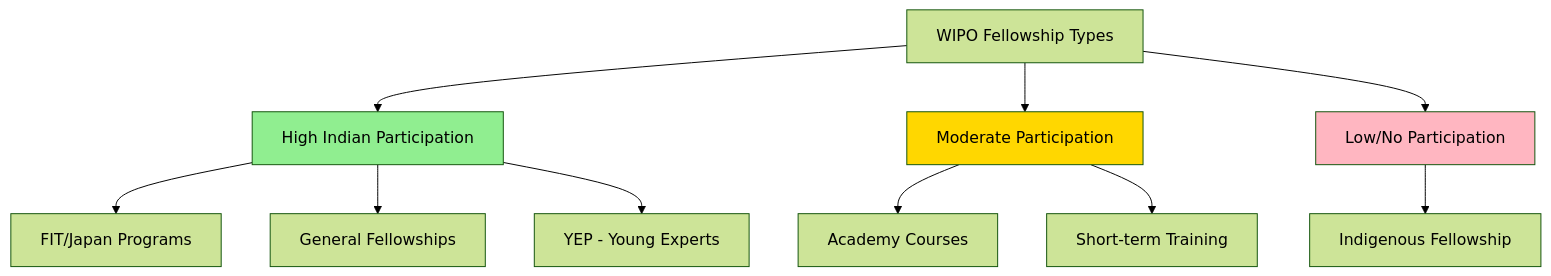
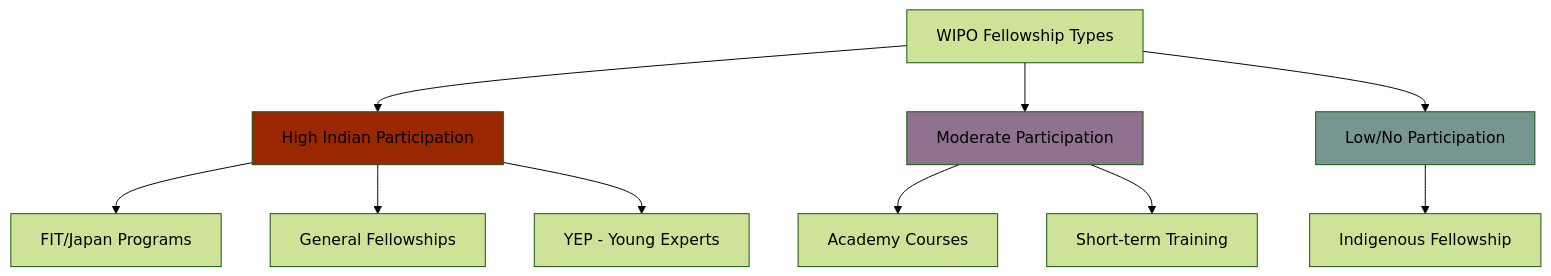
One commit to rsrini7/Learnings changed the fifth of 9 diagrams in News/WIPO-International-Fellowship.md. Above: the diagram before and after it, drawn with Mermaid (forest theme). The commit also changed other lines of this file, not shown here.

First line of the commit message:
style: update color schemes in documentation diagrams

````diff
--- a/News/WIPO-International-Fellowship.md
+++ b/News/WIPO-International-Fellowship.md
@@ -205,19 +205,19 @@
 ```mermaid
 graph TD
     A[WIPO Fellowship Types] --> B[High Indian Participation]
     A --> C[Moderate Participation]
     A --> D[Low/No Participation]
     
     B --> B1[FIT/Japan Programs]
     B --> B2[General Fellowships]
     B --> B3[YEP - Young Experts]
     
     C --> C1[Academy Courses]
     C --> C2[Short-term Training]
     
     D --> D1[Indigenous Fellowship]
     
-    style B fill:#90EE90
-    style C fill:#FFD700
-    style D fill:#FFB6C1
+    style B fill:#992700
+    style C fill:#907290
+    style D fill:#779691
 ```
````
